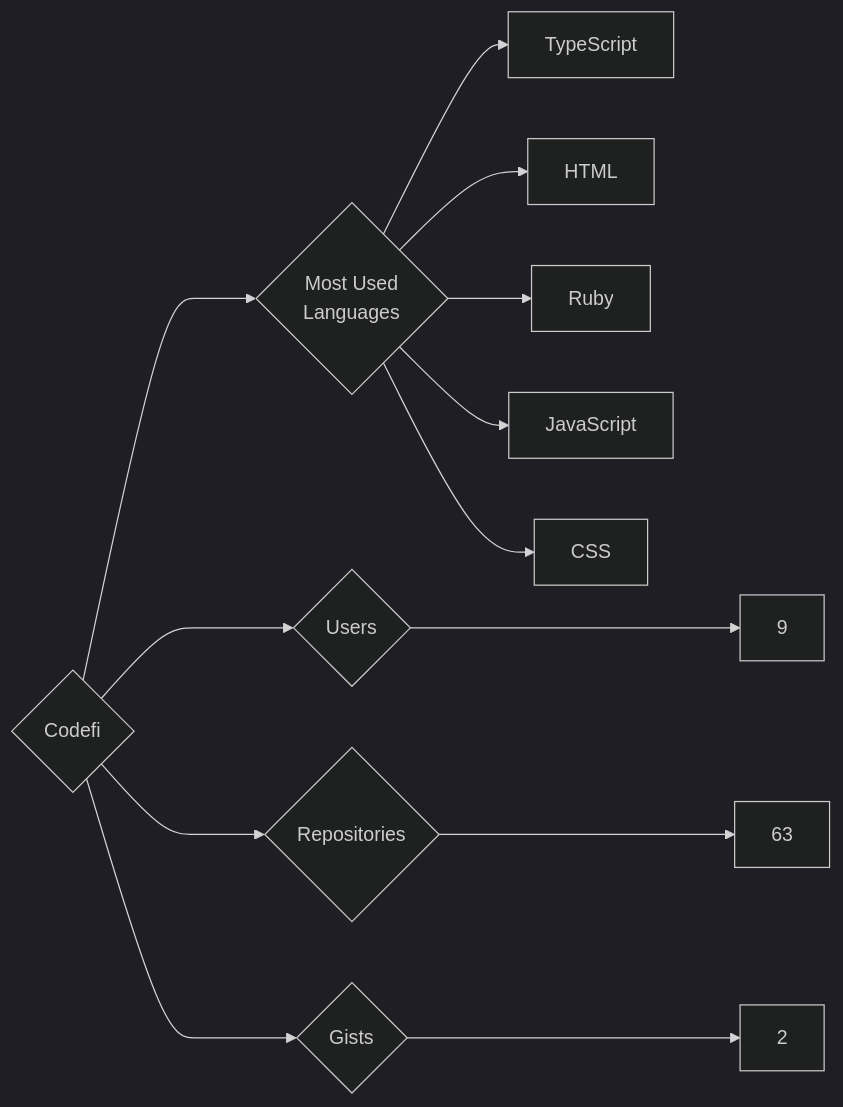
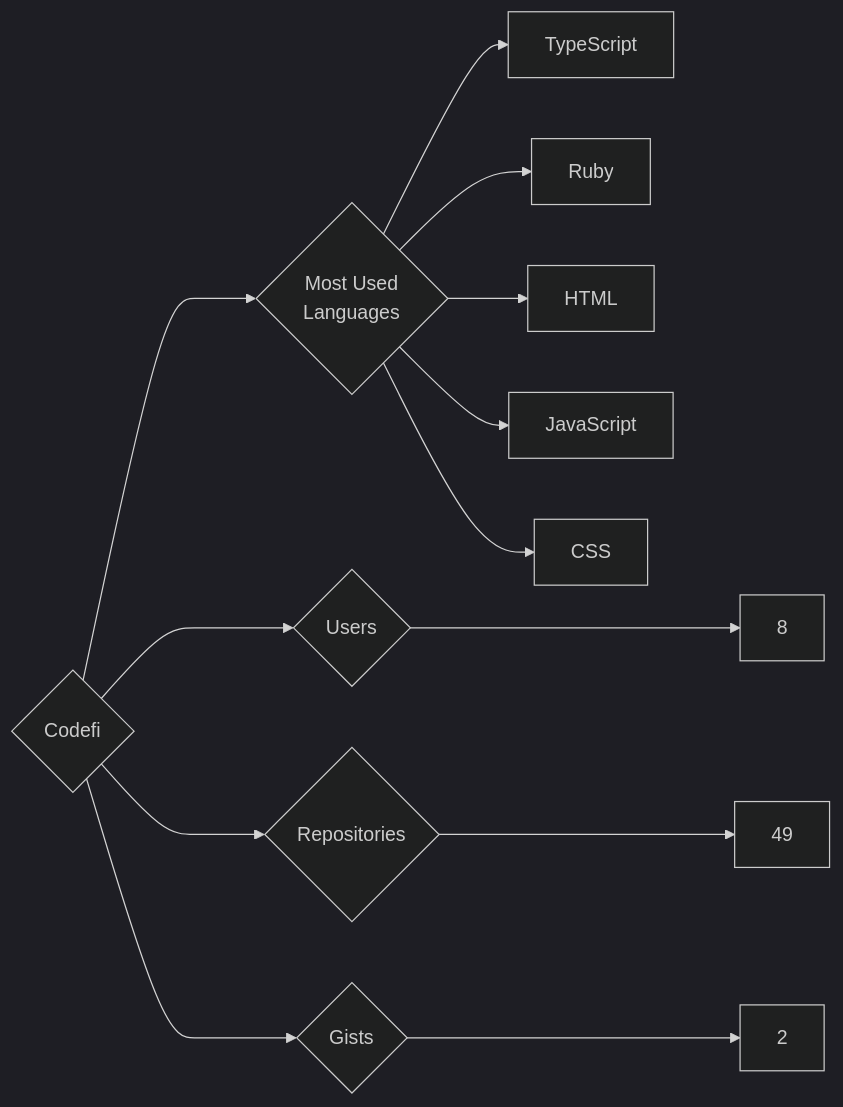
One commit to trickest/insiders changed the diagram in targets/Codefi/README.md. Above: the diagram before and after it, drawn with Mermaid (dark theme). The commit also changed 1238 other files, not shown here.

````diff
--- a/targets/Codefi/README.md
+++ b/targets/Codefi/README.md
@@ -3,13 +3,13 @@
 ```mermaid
 graph LR
 COMPANY_NAME{Codefi}
-COMPANY_NAME ---> U{Users} ---> UN[9]
-COMPANY_NAME ---> R{Repositories} ---> RN[63]
+COMPANY_NAME ---> U{Users} ---> UN[8]
+COMPANY_NAME ---> R{Repositories} ---> RN[49]
 COMPANY_NAME ---> G{Gists} ---> GN[2]
 COMPANY_NAME ---> ML{Most Used<br>Languages}
 ML --> TypeScript[TypeScript]
+ML --> Ruby[Ruby]
 ML --> HTML[HTML]
-ML --> Ruby[Ruby]
 ML --> JavaScript[JavaScript]
 ML --> CSS[CSS]
 ```
````
